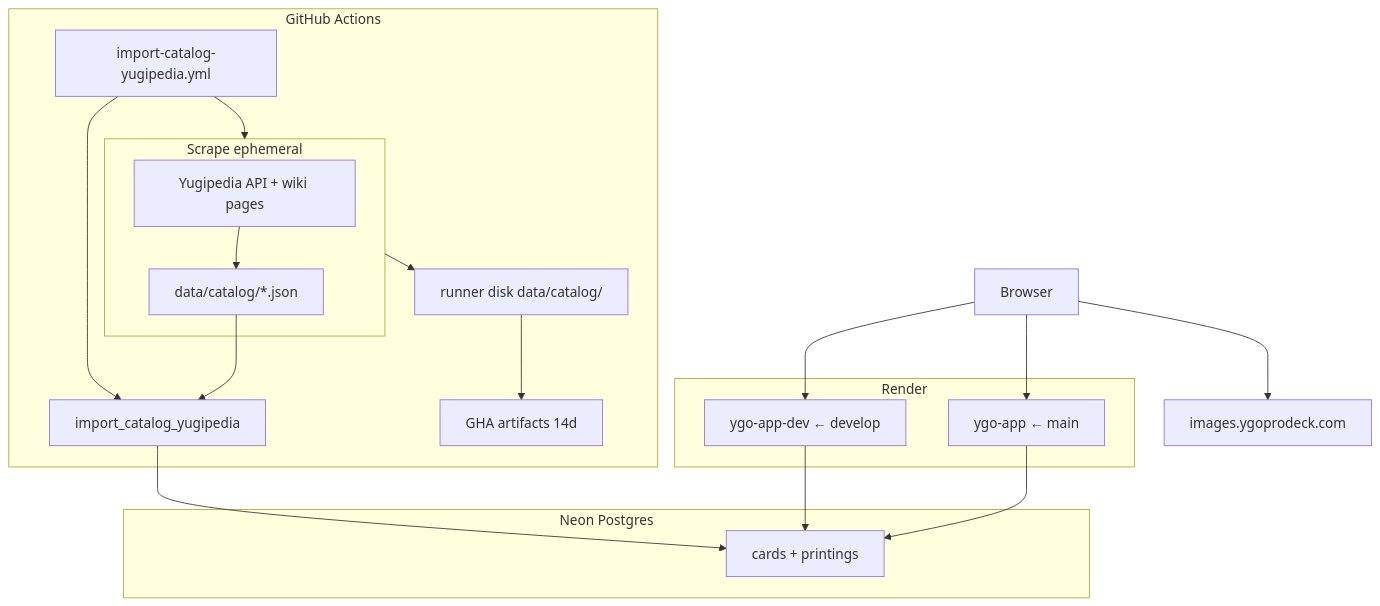
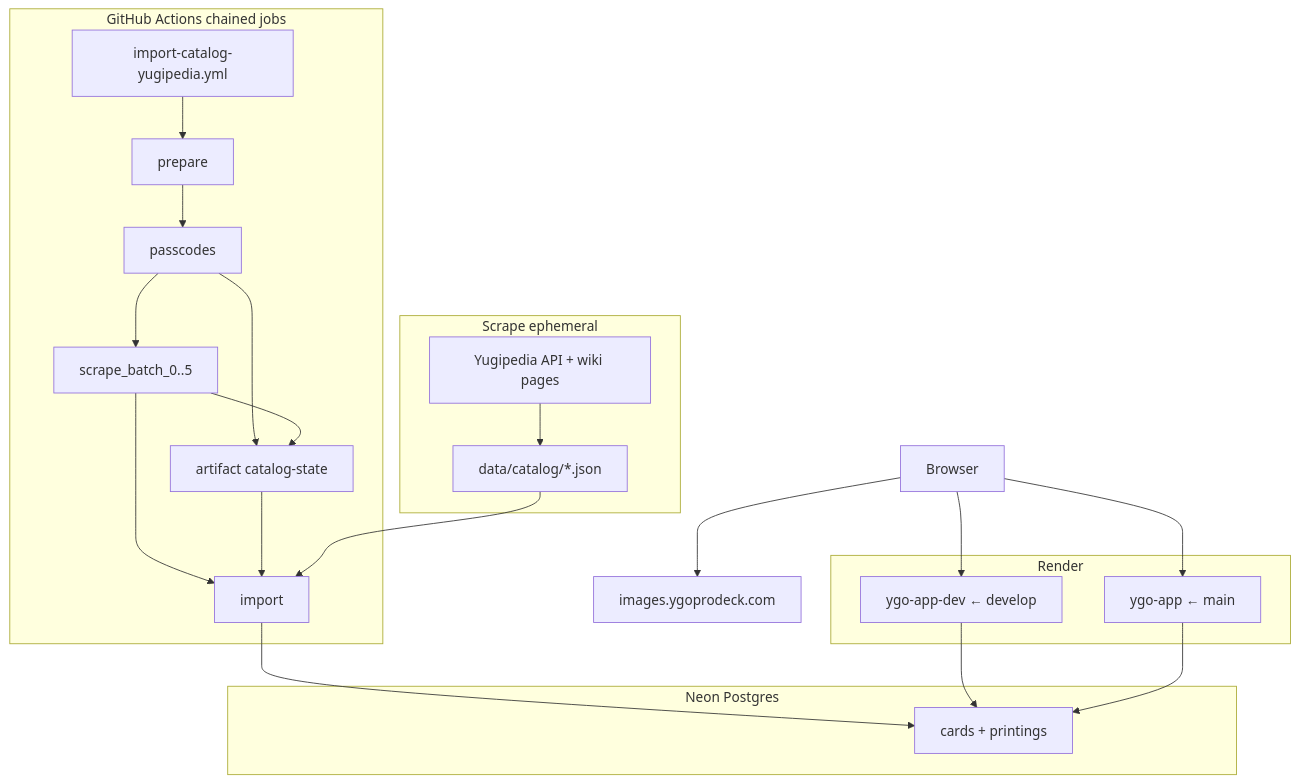
One commit to egera24/YGO-DB changed the diagram in agent_handoff.md. Above: the diagram before and after it, drawn with Mermaid. The commit also changed other lines of this file, not shown here.

Commit message:
docs: expand agent_handoff for batched GHA scrape and resilience

````diff
--- a/agent_handoff.md
+++ b/agent_handoff.md
@@ -46,31 +46,34 @@
 ```mermaid
 flowchart TB
   subgraph scrape [Scrape ephemeral]
     Wiki[Yugipedia API + wiki pages]
     JSON["data/catalog/*.json"]
     Wiki --> JSON
   end
-  subgraph gha [GitHub Actions]
+  subgraph gha [GitHub Actions chained jobs]
     WF["import-catalog-yugipedia.yml"]
-    Runner["runner disk data/catalog/"]
-    Artifacts["GHA artifacts 14d"]
-    WF --> scrape
-    WF --> ImportJob[import_catalog_yugipedia]
-    scrape --> Runner
-    Runner --> Artifacts
+    P[prepare]
+    PC[passcodes]
+    B0[scrape_batch_0..5]
+    IM[import]
+    Art["artifact catalog-state"]
+    WF --> P --> PC --> B0 --> IM
+    PC --> Art
+    B0 --> Art
+    Art --> IM
   end
   subgraph neon [Neon Postgres]
     Cards[cards + printings]
   end
   subgraph render [Render]
     DevWeb["ygo-app-dev ← develop"]
     ProdWeb["ygo-app ← main"]
   end
-  JSON --> ImportJob
-  ImportJob --> Cards
+  JSON --> IM
+  IM --> Cards
   DevWeb --> Cards
   ProdWeb --> Cards
   Browser --> DevWeb
   Browser --> ProdWeb
   Browser --> CDN["images.ygoprodeck.com"]
 ```
````
